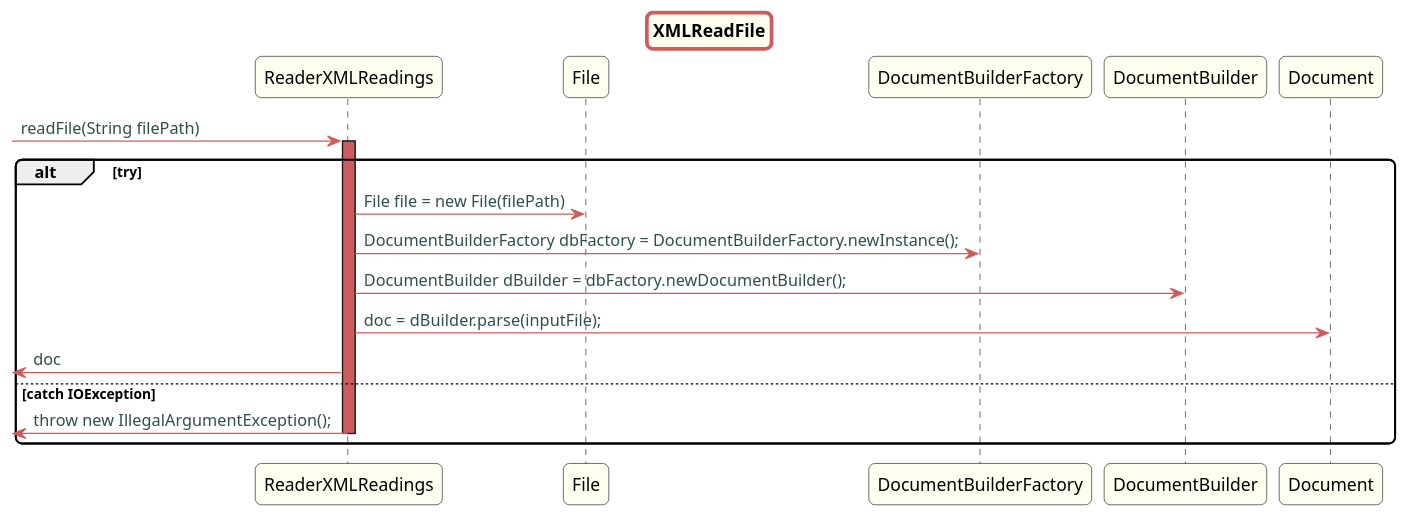
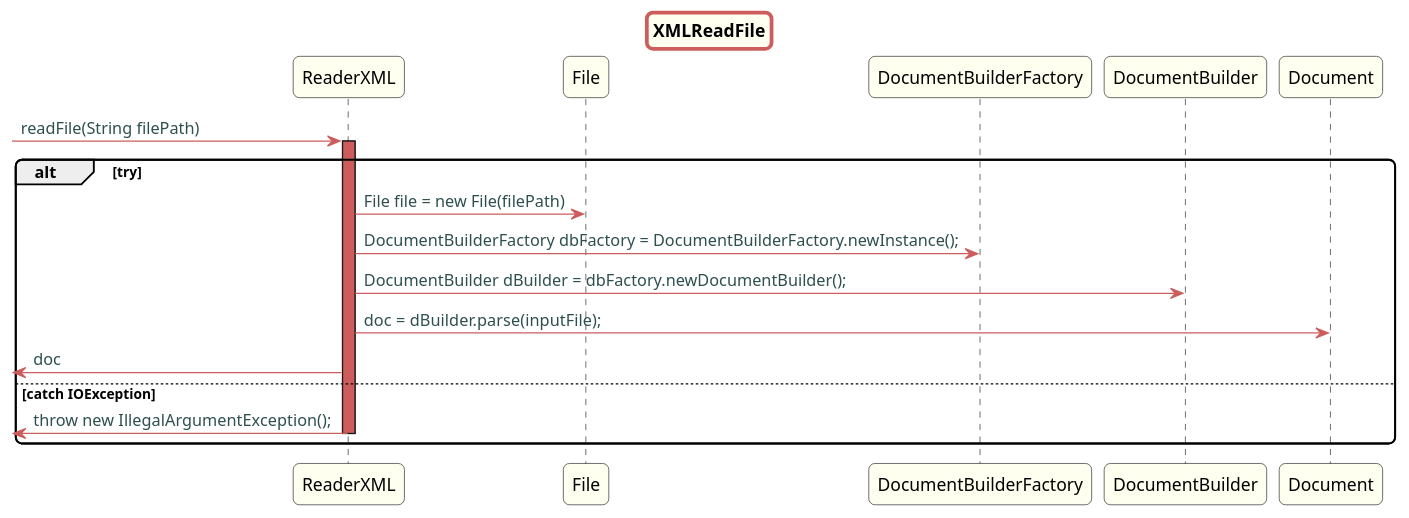
One commit to Almadanmp/project changed the diagram in src/doc/Controllers/HouseConfiguration/US20v2/XML/XMLReadFile.puml. Above: the diagram before and after it, drawn with PlantUML. The commit also changed 4 other files, not shown here.

```diff
--- a/src/doc/Controllers/HouseConfiguration/US20v2/XML/XMLReadFile.puml
+++ b/src/doc/Controllers/HouseConfiguration/US20v2/XML/XMLReadFile.puml
@@ -1,46 +1,46 @@
 @startuml
 
 skinparam titleBorderRoundCorner 10
 skinparam titleBorderThickness 3
 skinparam titleBorderColor indianred
 skinparam titleBackgroundColor ivory
 skinparam FontName quicksand
 
 skinparam actor {
   BorderColor indianred
   }
 
 skinparam sequence {
   LifeLineBackgroundColor indianred
   ParticipantBackgroundColor ivory
 }
 
 skinparam roundcorner 10
 
 skinparam component {
   arrowThickness 1
   ArrowFontName Verdana
   ArrowColor indianred
   ArrowFontColor darkslategrey
 }
 
 
 
 title XMLReadFile
--> ReaderXMLReadings : readFile(String filePath)
-activate ReaderXMLReadings
+-> ReaderXML: readFile(String filePath)
+activate ReaderXML
 alt try
-ReaderXMLReadings  -> File: File file = new File(filePath)
-ReaderXMLReadings  -> DocumentBuilderFactory: DocumentBuilderFactory dbFactory = DocumentBuilderFactory.newInstance();
+ReaderXML  -> File: File file = new File(filePath)
+ReaderXML  -> DocumentBuilderFactory: DocumentBuilderFactory dbFactory = DocumentBuilderFactory.newInstance();
 
-ReaderXMLReadings  -> DocumentBuilder: DocumentBuilder dBuilder = dbFactory.newDocumentBuilder();
-ReaderXMLReadings  -> Document: doc = dBuilder.parse(inputFile);
+ReaderXML -> DocumentBuilder: DocumentBuilder dBuilder = dbFactory.newDocumentBuilder();
+ReaderXML -> Document: doc = dBuilder.parse(inputFile);
 
-<- ReaderXMLReadings : doc
+<- ReaderXML: doc
 
 else catch IOException
-<- ReaderXMLReadings : throw new IllegalArgumentException();
-deactivate ReaderXMLReadings
+<- ReaderXML : throw new IllegalArgumentException();
+deactivate ReaderXML
 end
 
 @enduml
```
